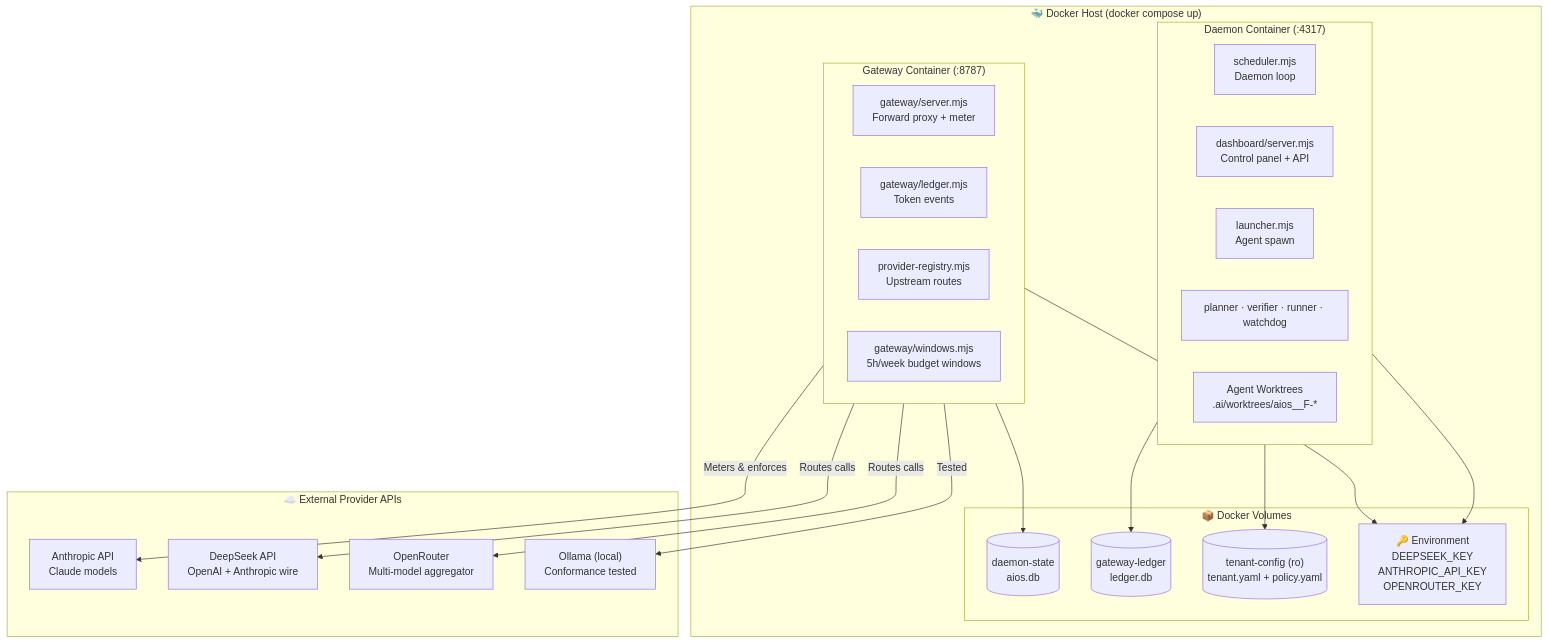
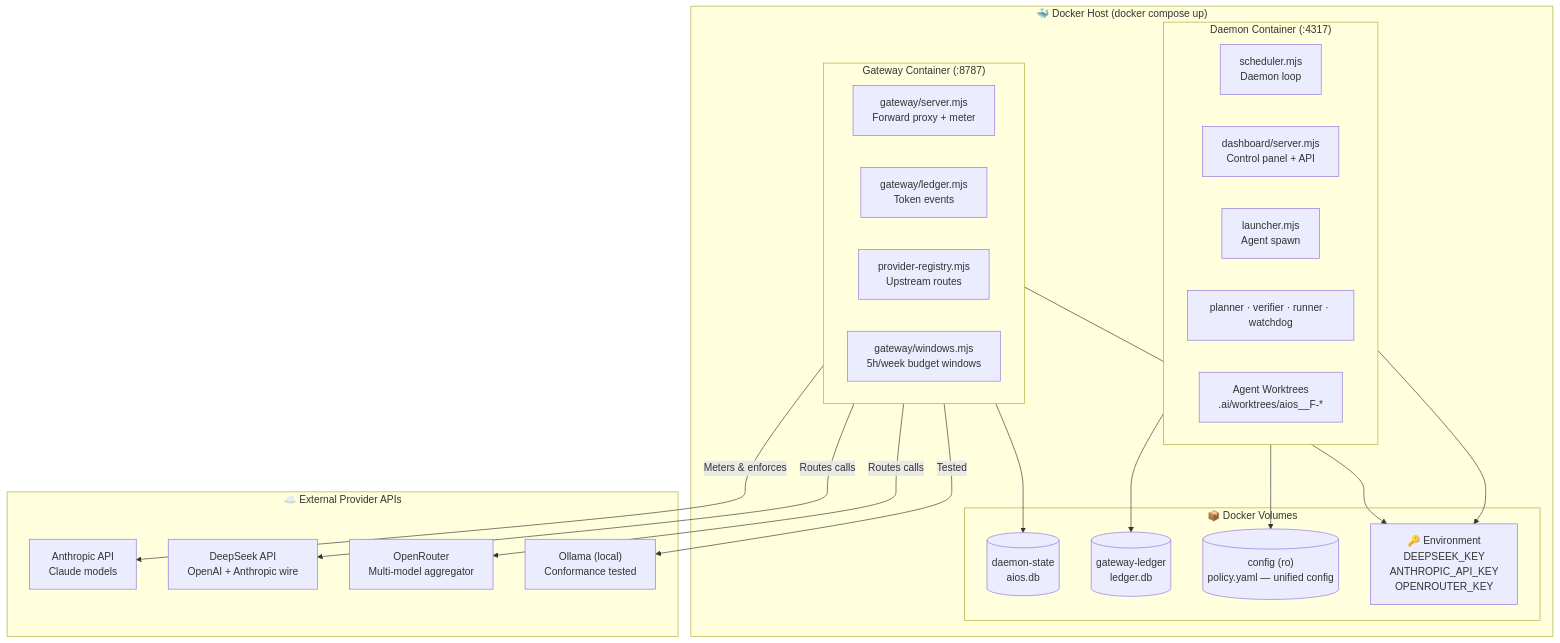
One commit to gravity-7/meridianos-core changed the diagram in docs/diagrams/deployment-infrastructure.md. Above: the diagram before and after it, drawn with Mermaid. The commit also changed 43 other files, not shown here.

````diff
--- a/docs/diagrams/deployment-infrastructure.md
+++ b/docs/diagrams/deployment-infrastructure.md
@@ -3,44 +3,44 @@
 ```mermaid
 graph TB
     subgraph DockerHost["🐳 Docker Host (docker compose up)"]
         subgraph GatewayContainer["Gateway Container (:8787)"]
             GWServer["gateway/server.mjs<br/>Forward proxy + meter"]
             GWLedger["gateway/ledger.mjs<br/>Token events"]
             GWRegistry["provider-registry.mjs<br/>Upstream routes"]
             GWWindows["gateway/windows.mjs<br/>5h/week budget windows"]
         end
 
         subgraph DaemonContainer["Daemon Container (:4317)"]
             Scheduler["scheduler.mjs<br/>Daemon loop"]
             Dashboard["dashboard/server.mjs<br/>Control panel + API"]
             Launcher["launcher.mjs<br/>Agent spawn"]
             CoreOrch["planner · verifier · runner · watchdog"]
             Worktrees["Agent Worktrees<br/>.ai/worktrees/aios__F-*"]
         end
 
         subgraph Volumes["📦 Docker Volumes"]
             StateVol[("daemon-state<br/>aios.db")]
             LedgerVol[("gateway-ledger<br/>ledger.db")]
-            ConfigVol[("tenant-config (ro)<br/>tenant.yaml + policy.yaml")]
+            ConfigVol[("config (ro)<br/>policy.yaml — unified config")]
             EnvVars["🔑 Environment<br/>DEEPSEEK_KEY<br/>ANTHROPIC_API_KEY<br/>OPENROUTER_KEY"]
         end
     end
 
     GatewayContainer --> StateVol
     DaemonContainer --> LedgerVol
     DaemonContainer --> ConfigVol
     DaemonContainer --> EnvVars
     GatewayContainer --> EnvVars
 
     subgraph Providers["☁️ External Provider APIs"]
         AnthropicAPI["Anthropic API<br/>Claude models"]
         DeepSeekAPI["DeepSeek API<br/>OpenAI + Anthropic wire"]
         OpenRouterAPI["OpenRouter<br/>Multi-model aggregator"]
         OllamaLocal["Ollama (local)<br/>Conformance tested"]
     end
 
     GatewayContainer -->|"Meters & enforces"| AnthropicAPI
     GatewayContainer -->|"Routes calls"| DeepSeekAPI
     GatewayContainer -->|"Routes calls"| OpenRouterAPI
     GatewayContainer -->|"Tested"| OllamaLocal
 ```
````
